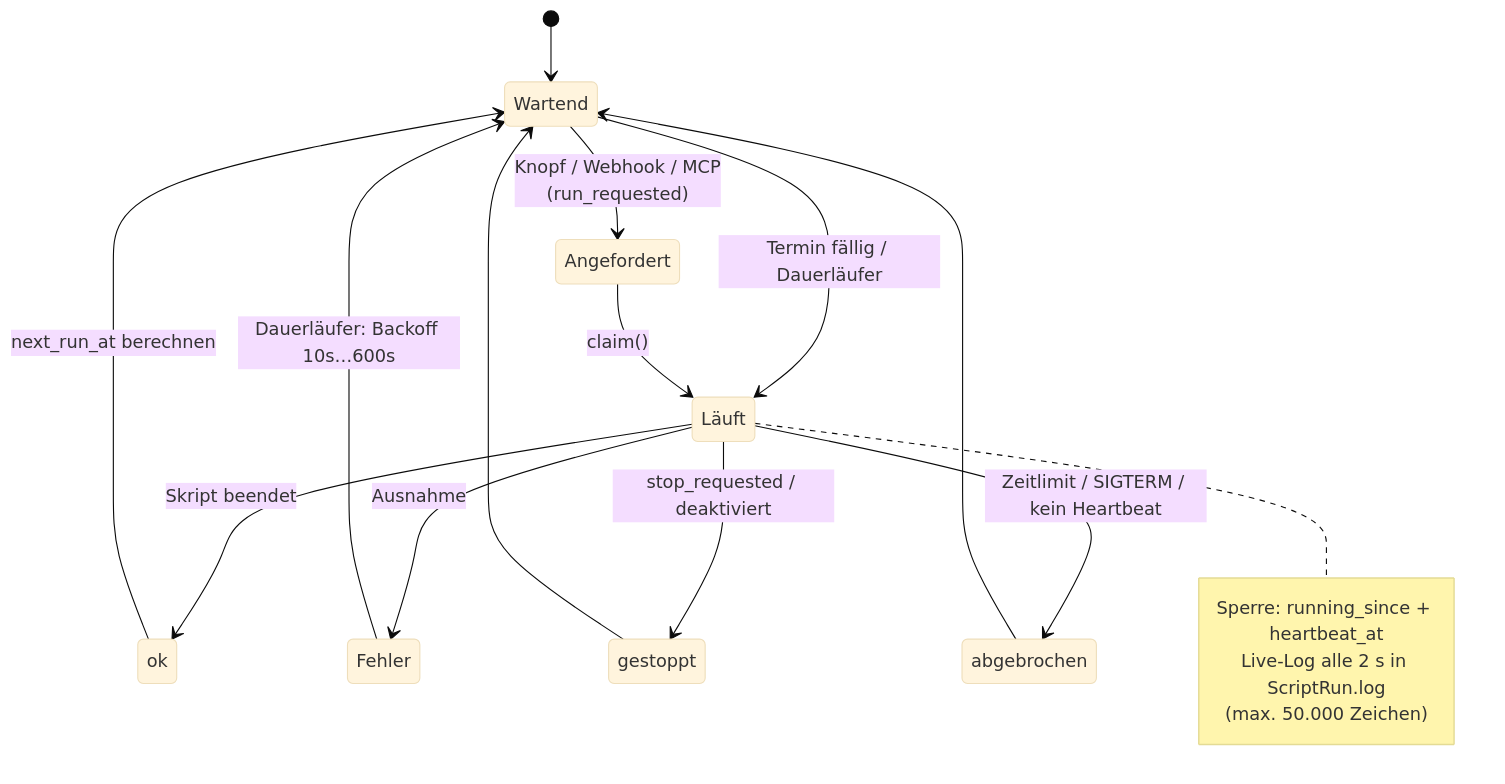
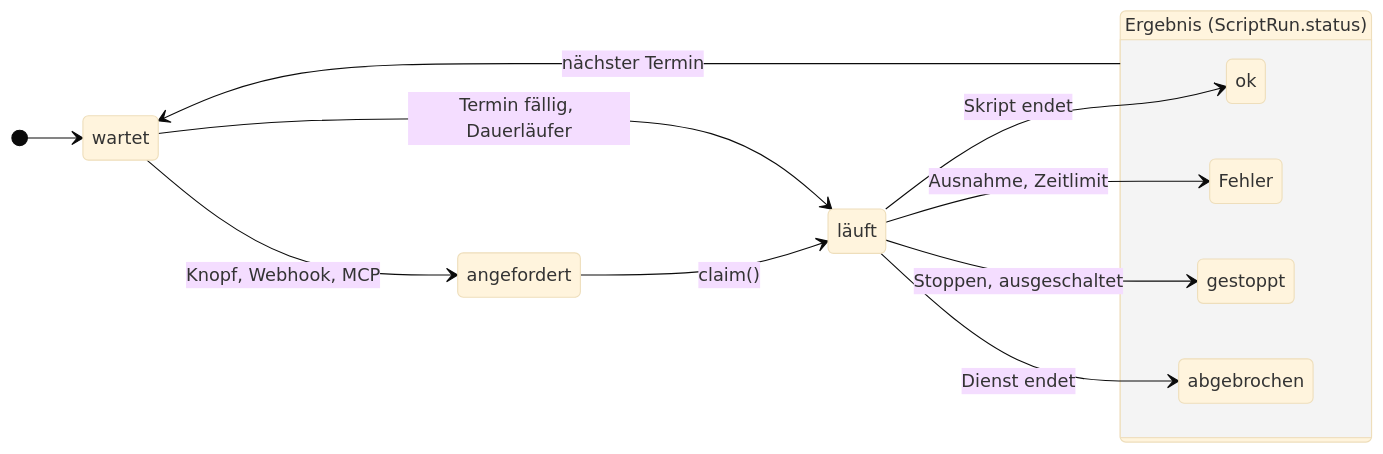
One commit to Turksat46/Baukasten changed the tenth of 15 diagrams in docs/TECHNISCHE_DOKUMENTATION.md. Above: the diagram before and after it, drawn with Mermaid (base theme). The commit also changed other lines of this file, not shown here.

Commit message:
Technische Dokumentation: Inhalt gegen den Code geprüft, Diagramme neu gestaltet

````diff
--- a/docs/TECHNISCHE_DOKUMENTATION.md
+++ b/docs/TECHNISCHE_DOKUMENTATION.md
@@ -467,20 +582,24 @@
 ```mermaid
 stateDiagram-v2
-    [*] --> Wartend
-    Wartend --> Angefordert: Knopf / Webhook / MCP<br/>(run_requested)
-    Wartend --> Läuft: Termin fällig / Dauerläufer
-    Angefordert --> Läuft: claim()
-    Läuft --> ok: Skript beendet
-    Läuft --> Fehler: Ausnahme
-    Läuft --> gestoppt: stop_requested / deaktiviert
-    Läuft --> abgebrochen: Zeitlimit / SIGTERM / kein Heartbeat
-    ok --> Wartend: next_run_at berechnen
-    Fehler --> Wartend: Dauerläufer: Backoff 10s…600s
-    gestoppt --> Wartend
-    abgebrochen --> Wartend
-    note right of Läuft
-        Sperre: running_since + heartbeat_at
-        Live-Log alle 2 s in ScriptRun.log
-        (max. 50.000 Zeichen)
-    end note
+    direction LR
+    state "wartet" as waiting
+    state "angefordert" as requested
+    state "läuft" as running
+    state "Ergebnis (ScriptRun.status)" as result {
+        direction TB
+        state "ok" as ok
+        state "Fehler" as error
+        state "gestoppt" as stopped
+        state "abgebrochen" as aborted
+    }
+
+    [*] --> waiting
+    waiting --> requested: Knopf, Webhook, MCP
+    requested --> running: claim()
+    waiting --> running: Termin fällig, Dauerläufer
+    running --> ok: Skript endet
+    running --> error: Ausnahme, Zeitlimit
+    running --> stopped: Stoppen, ausgeschaltet
+    running --> aborted: Dienst endet
+    result --> waiting: nächster Termin
 ```
````
